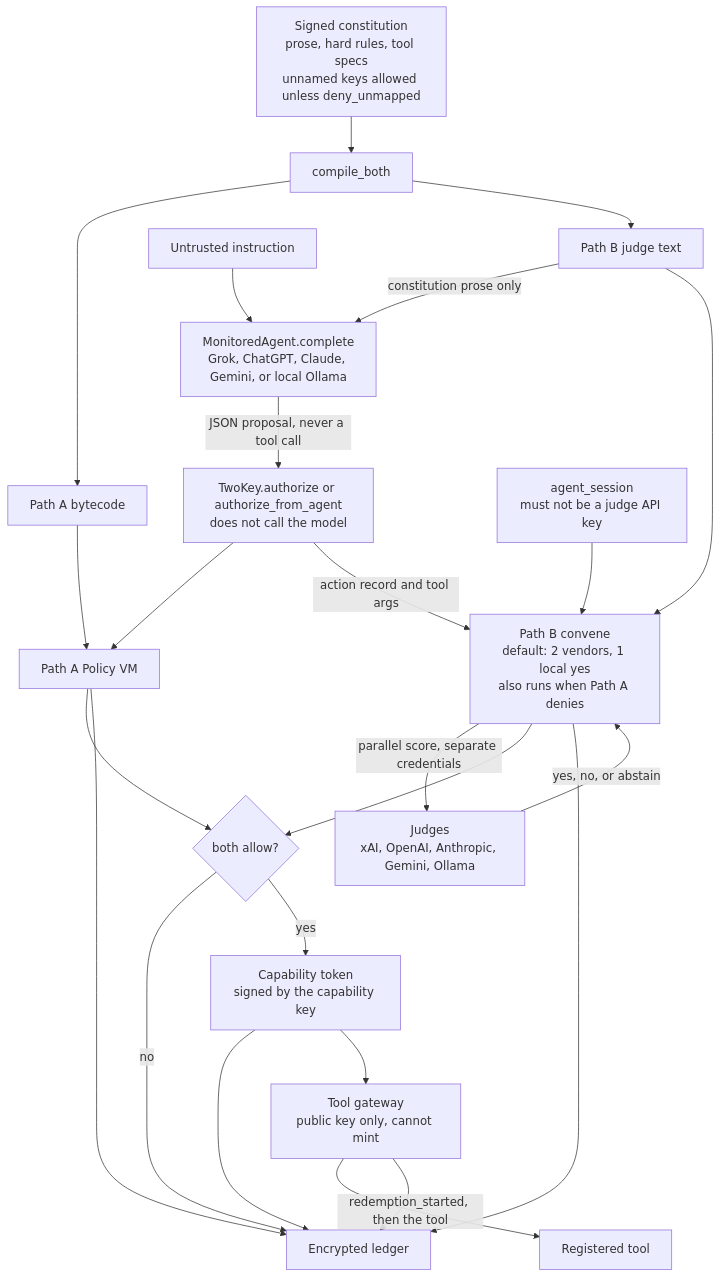
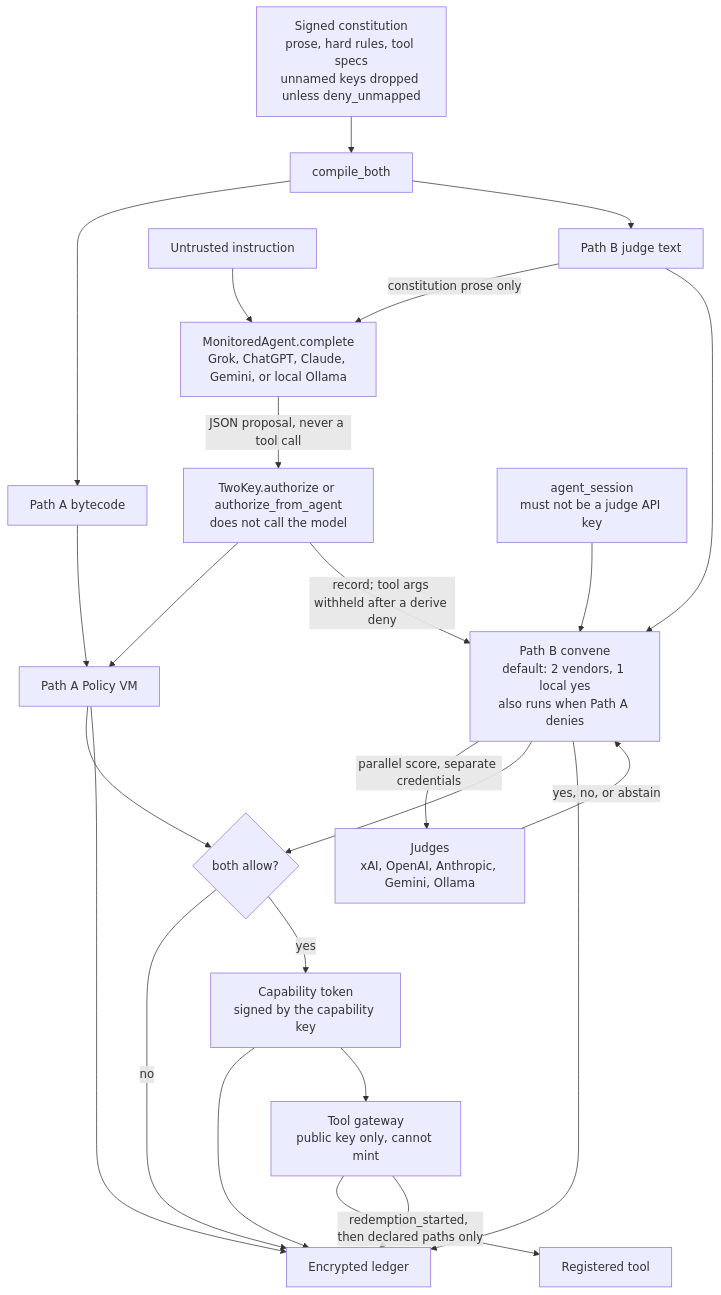
The first of 2 diagrams in README.md (Insomniac-VibeLabs/two-key-concept), drawn with Mermaid before and after one commit. The commit also changed other lines of this file and 21 other files, not shown here.

First line of the commit message:
Withhold derive-deny arguments, drop unnamed keys, and allow-list parties.

````diff
--- a/README.md
+++ b/README.md
@@ -57,26 +64,26 @@
 ```mermaid
 flowchart TD
-  constitution["Signed constitution<br/>prose, hard rules, tool specs<br/>unnamed keys allowed unless deny_unmapped"] --> compile["compile_both"]
+  constitution["Signed constitution<br/>prose, hard rules, tool specs<br/>unnamed keys dropped unless deny_unmapped"] --> compile["compile_both"]
   compile --> bytecode["Path A bytecode"]
   compile --> judgeText["Path B judge text"]
   instruction["Untrusted instruction"] --> agent["MonitoredAgent.complete<br/>Grok, ChatGPT, Claude, Gemini, or local Ollama"]
   judgeText -->|"constitution prose only"| agent
   agent -->|"JSON proposal, never a tool call"| authorize["TwoKey.authorize or authorize_from_agent<br/>does not call the model"]
   bytecode --> pathA["Path A Policy VM"]
   authorize --> pathA
-  authorize -->|"action record and tool args"| pathB["Path B convene<br/>default: 2 vendors, 1 local yes<br/>also runs when Path A denies"]
+  authorize -->|"record; tool args withheld after a derive deny"| pathB["Path B convene<br/>default: 2 vendors, 1 local yes<br/>also runs when Path A denies"]
   judgeText --> pathB
   session["agent_session<br/>must not be a judge API key"] --> pathB
   pathB -->|"parallel score, separate credentials"| judges["Judges<br/>xAI, OpenAI, Anthropic, Gemini, Ollama"]
   judges -->|"yes, no, or abstain"| pathB
   pathA --> gate{"both allow?"}
   pathB --> gate
   pathA --> ledger["Encrypted ledger"]
   pathB --> ledger
   gate -->|no| ledger
   gate -->|yes| token["Capability token<br/>signed by the capability key"]
   token --> ledger
   token --> gateway["Tool gateway<br/>public key only, cannot mint"]
-  gateway -->|"redemption_started, then the tool"| tool["Registered tool"]
+  gateway -->|"redemption_started, then declared paths only"| tool["Registered tool"]
   gateway --> ledger
 ```
````
